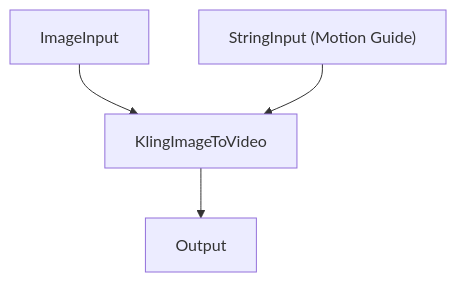
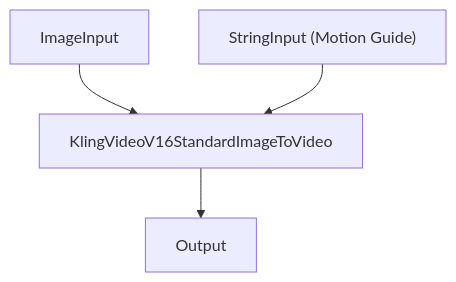
One commit to nodetool-ai/nodetool changed diagram 13 of 17 in docs/cookbook/patterns.md. Above: the diagram before and after it, drawn with Mermaid. The commit also changed other lines of this file and 683 other files, not shown here.

```diff
--- a/docs/cookbook/patterns.md
+++ b/docs/cookbook/patterns.md
@@ -458,10 +453,10 @@
 {% mermaid %}
 graph TD
   image_input["ImageInput"]
   string_input["StringInput (Motion Guide)"]
   output["Output"]
-  kling_image_to_video["KlingImageToVideo"]
+  kling_image_to_video["KlingVideoV16StandardImageToVideo"]
   image_input --> kling_image_to_video
   string_input --> kling_image_to_video
   kling_image_to_video --> output
 {% endmermaid %}
```
